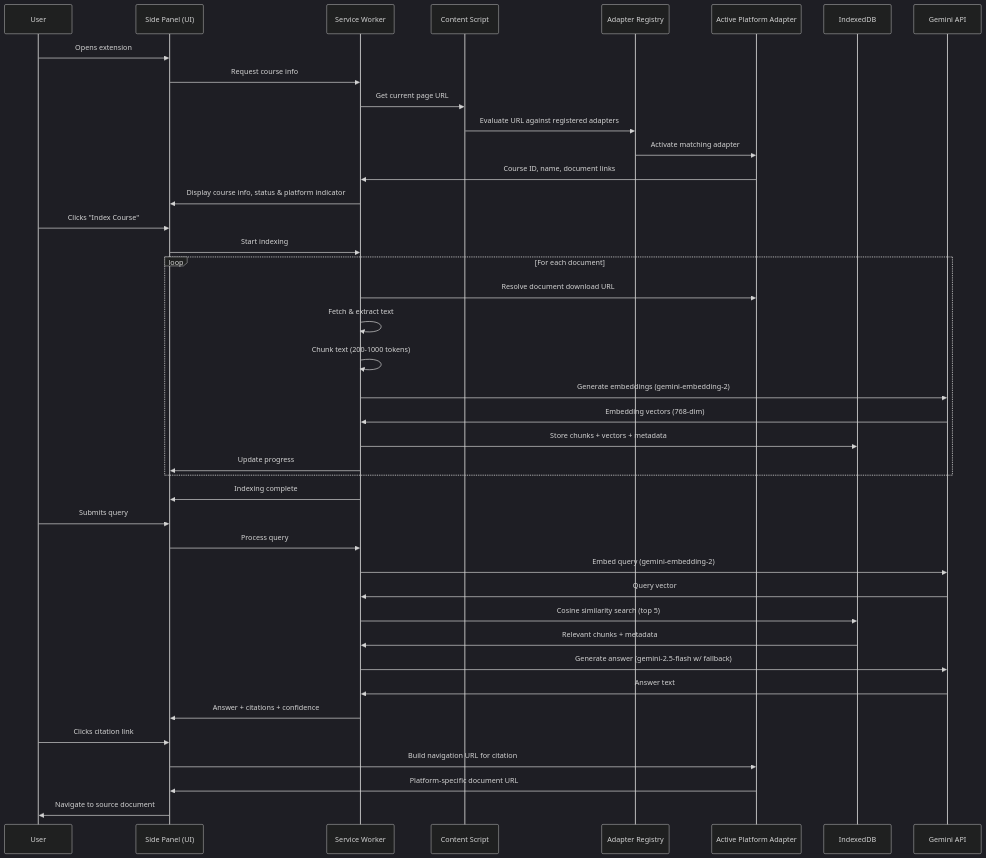
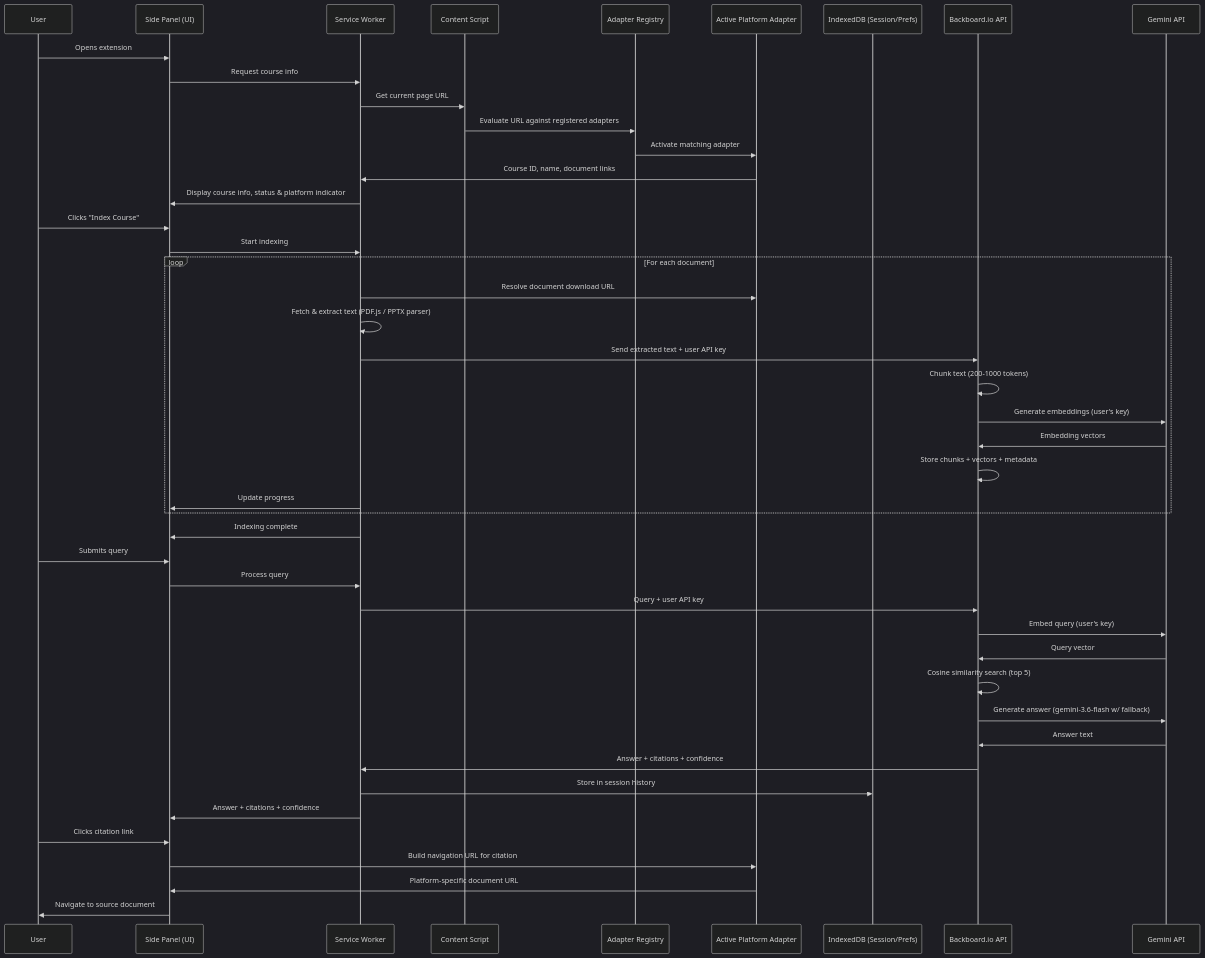
Before and after one commit to tridibbanik17/CUTC-Transform-Hackathon-2026: the third of 4 diagrams in .kiro/specs/lms-rag-extension/design.md, drawn with Mermaid (dark theme). The commit also changed other lines of this file and 1 other file, not shown here.

Commit message:
align design.md and tasks.md with Backboard.io + BYOK + gemini-3.6-flash architecture

````diff
--- a/.kiro/specs/lms-rag-extension/design.md
+++ b/.kiro/specs/lms-rag-extension/design.md
@@ -138,47 +147,51 @@
 ```mermaid
 sequenceDiagram
     participant User
     participant SidePanel as Side Panel (UI)
     participant SW as Service Worker
     participant CS as Content Script
     participant AR as Adapter Registry
     participant Adapter as Active Platform Adapter
-    participant IDB as IndexedDB
+    participant IDB as IndexedDB (Session/Prefs)
+    participant BB as Backboard.io API
     participant Gemini as Gemini API
 
     User->>SidePanel: Opens extension
     SidePanel->>SW: Request course info
     SW->>CS: Get current page URL
     CS->>AR: Evaluate URL against registered adapters
     AR->>Adapter: Activate matching adapter
     Adapter->>SW: Course ID, name, document links
     SW->>SidePanel: Display course info, status & platform indicator
 
     User->>SidePanel: Clicks "Index Course"
     SidePanel->>SW: Start indexing
     loop For each document
         SW->>Adapter: Resolve document download URL
-        SW->>SW: Fetch & extract text
-        SW->>SW: Chunk text (200-1000 tokens)
-        SW->>Gemini: Generate embeddings (gemini-embedding-2)
-        Gemini->>SW: Embedding vectors (768-dim)
-        SW->>IDB: Store chunks + vectors + metadata
+        SW->>SW: Fetch & extract text (PDF.js / PPTX parser)
+        SW->>BB: Send extracted text + user API key
+        BB->>BB: Chunk text (200-1000 tokens)
+        BB->>Gemini: Generate embeddings (user's key)
+        Gemini->>BB: Embedding vectors
+        BB->>BB: Store chunks + vectors + metadata
         SW->>SidePanel: Update progress
     end
     SW->>SidePanel: Indexing complete
 
     User->>SidePanel: Submits query
     SidePanel->>SW: Process query
-    SW->>Gemini: Embed query (gemini-embedding-2)
-    Gemini->>SW: Query vector
-    SW->>IDB: Cosine similarity search (top 5)
-    IDB->>SW: Relevant chunks + metadata
-    SW->>Gemini: Generate answer (gemini-2.5-flash w/ fallback)
-    Gemini->>SW: Answer text
+    SW->>BB: Query + user API key
+    BB->>Gemini: Embed query (user's key)
+    Gemini->>BB: Query vector
+    BB->>BB: Cosine similarity search (top 5)
+    BB->>Gemini: Generate answer (gemini-3.6-flash w/ fallback)
+    Gemini->>BB: Answer text
+    BB->>SW: Answer + citations + confidence
+    SW->>IDB: Store in session history
     SW->>SidePanel: Answer + citations + confidence
 
     User->>SidePanel: Clicks citation link
     SidePanel->>Adapter: Build navigation URL for citation
     Adapter->>SidePanel: Platform-specific document URL
     SidePanel->>User: Navigate to source document
 ```
````
